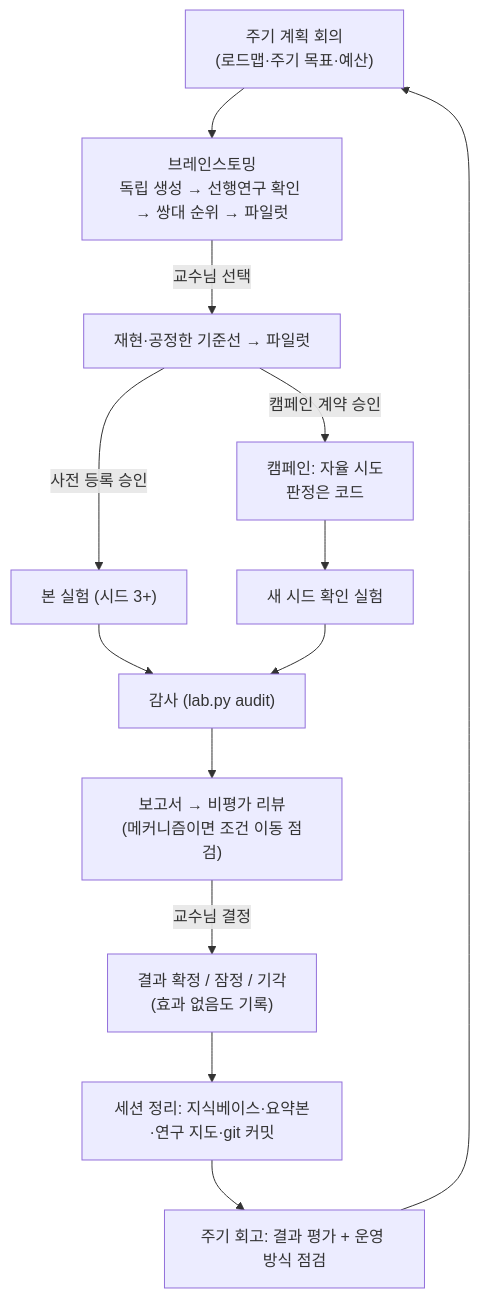
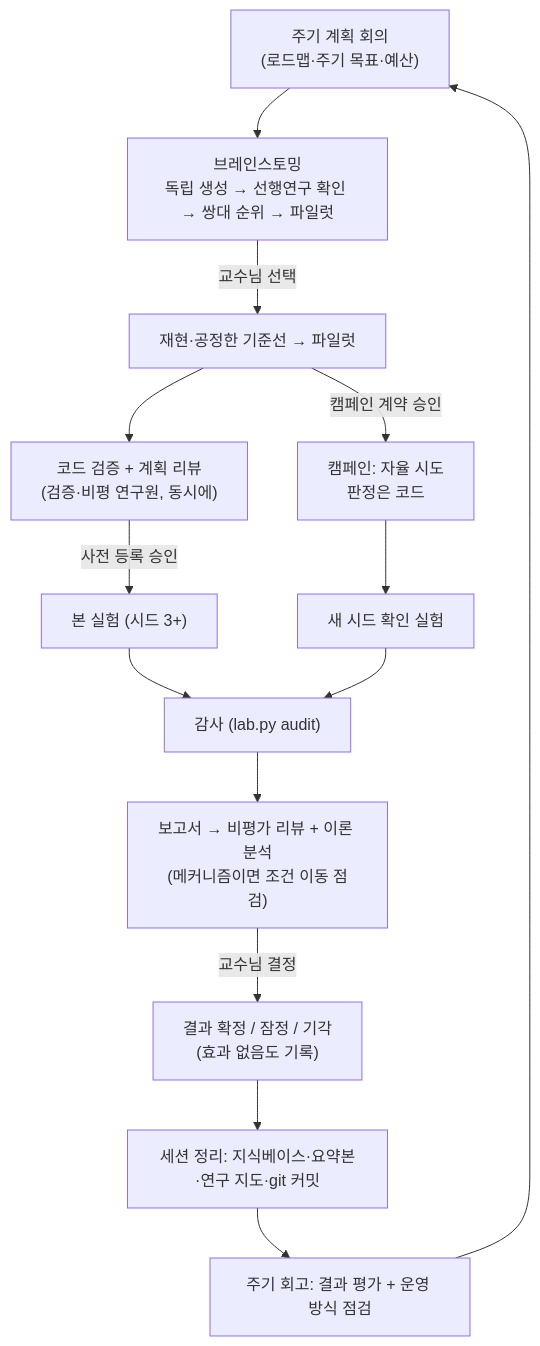
Before and after one commit to yhlee52/ai_sci_cowork: the diagram in docs/설계_근거.md, drawn with Mermaid. The commit also changed other lines of this file and 35 other files, not shown here.

````diff
--- a/docs/설계_근거.md
+++ b/docs/설계_근거.md
@@ -83,15 +83,16 @@
 ```mermaid
 flowchart TD
     A["주기 계획 회의<br/>(로드맵·주기 목표·예산)"] --> B["브레인스토밍<br/>독립 생성 → 선행연구 확인 → 쌍대 순위 → 파일럿"]
     B -->|교수님 선택| C["재현·공정한 기준선 → 파일럿"]
-    C -->|사전 등록 승인| D["본 실험 (시드 3+)"]
+    C --> V["코드 검증 + 계획 리뷰<br/>(검증·비평 연구원, 동시에)"]
+    V -->|사전 등록 승인| D["본 실험 (시드 3+)"]
     C -->|캠페인 계약 승인| E["캠페인: 자율 시도<br/>판정은 코드"]
     E --> F["새 시드 확인 실험"]
     D --> G["감사 (lab.py audit)"]
     F --> G
-    G --> H["보고서 → 비평가 리뷰<br/>(메커니즘이면 조건 이동 점검)"]
+    G --> H["보고서 → 비평가 리뷰 + 이론 분석<br/>(메커니즘이면 조건 이동 점검)"]
     H -->|교수님 결정| I["결과 확정 / 잠정 / 기각<br/>(효과 없음도 기록)"]
     I --> J["세션 정리: 지식베이스·요약본·연구 지도·git 커밋"]
     J --> K["주기 회고: 결과 평가 + 운영 방식 점검"]
     K --> A
 ```
````
